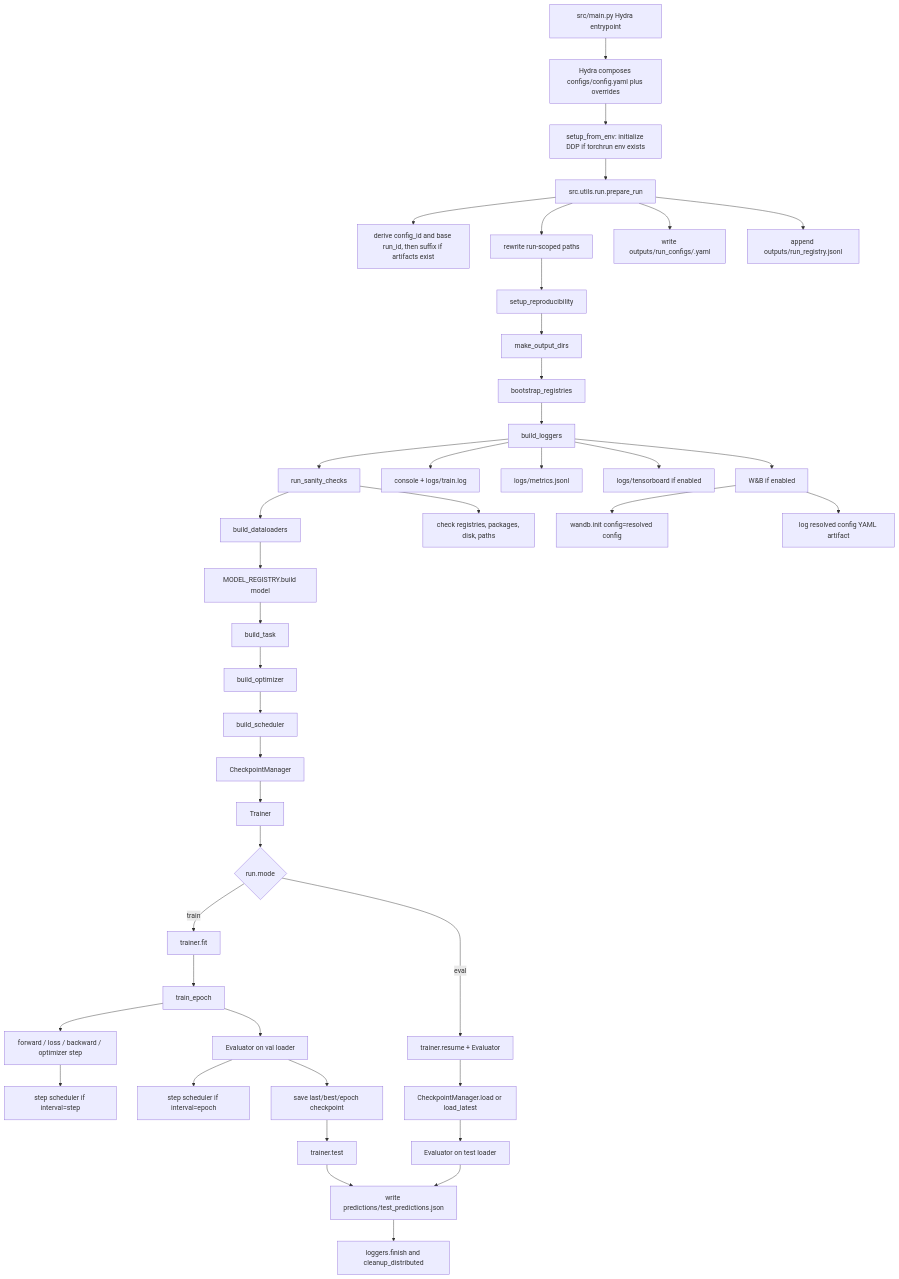
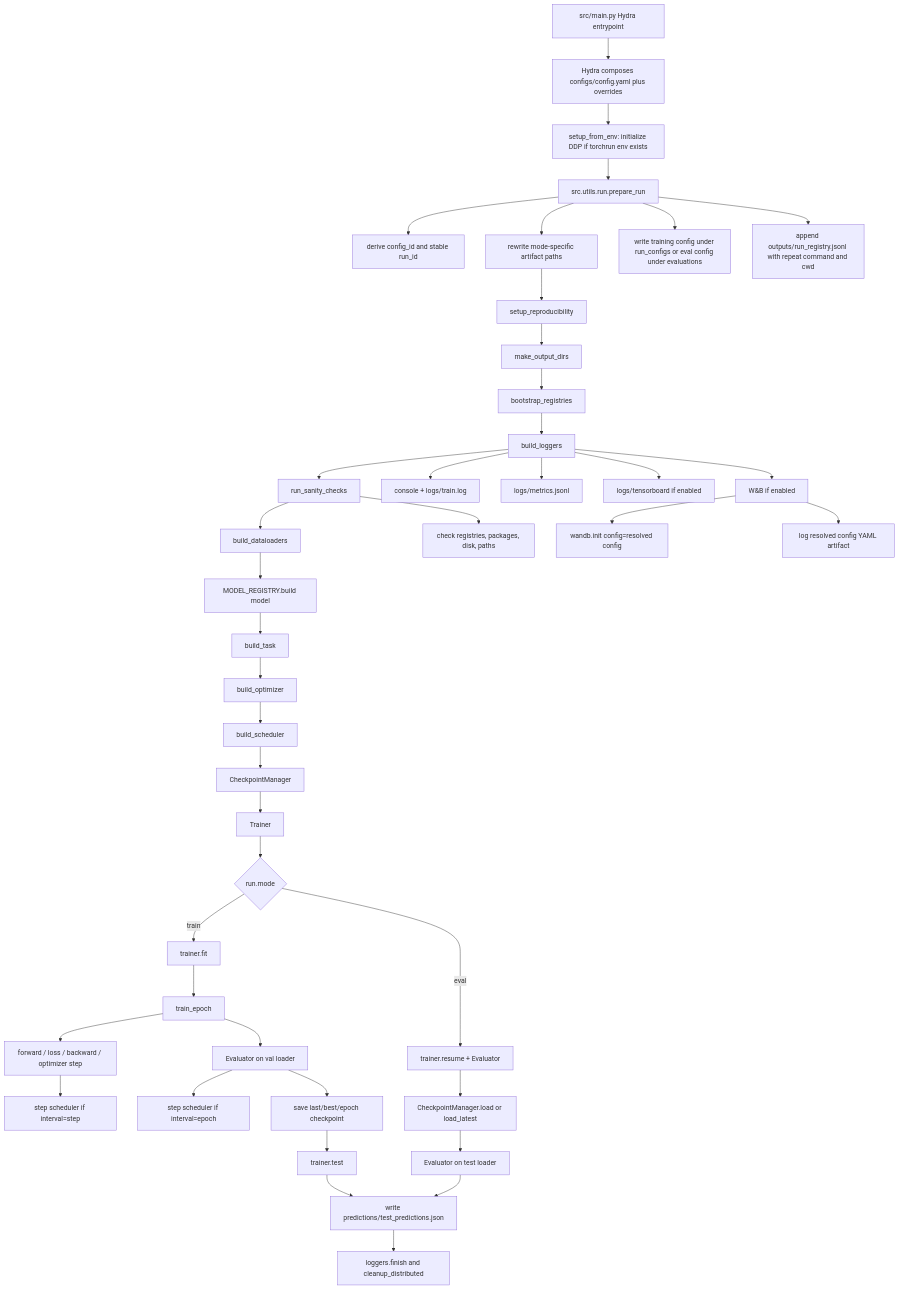
One commit to CodeName-Detective/Experimentarium changed the second of 5 diagrams in Flowchart.md. Above: the diagram before and after it, drawn with Mermaid. The commit also changed other lines of this file and 37 other files, not shown here.

````diff
--- a/Flowchart.md
+++ b/Flowchart.md
@@ -55,56 +56,56 @@
 ```mermaid
 flowchart TD
     Start[src/main.py Hydra entrypoint]
 
     Start --> Compose[Hydra composes configs/config.yaml plus overrides]
     Compose --> DDP[setup_from_env: initialize DDP if torchrun env exists]
     DDP --> RunIdentity[src.utils.run.prepare_run]
 
-    RunIdentity --> RunID[derive config_id and base run_id, then suffix if artifacts exist]
-    RunIdentity --> Paths[rewrite run-scoped paths]
-    RunIdentity --> ConfigSnapshot["write outputs/run_configs/<run_id>.yaml"]
-    RunIdentity --> RegistryMap[append outputs/run_registry.jsonl]
+    RunIdentity --> RunID[derive config_id and stable run_id]
+    RunIdentity --> Paths[rewrite mode-specific artifact paths]
+    RunIdentity --> ConfigSnapshot["write training config under run_configs or eval config under evaluations"]
+    RunIdentity --> RegistryMap[append outputs/run_registry.jsonl with repeat command and cwd]
 
     Paths --> Seed[setup_reproducibility]
     Seed --> Dirs[make_output_dirs]
     Dirs --> RegistryBootstrap[bootstrap_registries]
     RegistryBootstrap --> Loggers[build_loggers]
 
     Loggers --> Sanity[run_sanity_checks]
     Sanity --> Data[build_dataloaders]
     Sanity --> RegistryChecks[check registries, packages, disk, paths]
 
     Data --> Model[MODEL_REGISTRY.build model]
     Model --> Task[build_task]
     Task --> Optimizer[build_optimizer]
     Optimizer --> Scheduler[build_scheduler]
     Scheduler --> CheckpointManager[CheckpointManager]
     CheckpointManager --> Trainer[Trainer]
 
     Trainer --> Mode{"run.mode"}
     Mode -->|train| Fit[trainer.fit]
     Mode -->|eval| ResumeEval[trainer.resume + Evaluator]
 
     Fit --> TrainEpoch[train_epoch]
     TrainEpoch --> BatchLoop[forward / loss / backward / optimizer step]
     BatchLoop --> StepScheduler[step scheduler if interval=step]
     TrainEpoch --> Validation[Evaluator on val loader]
     Validation --> EpochScheduler[step scheduler if interval=epoch]
     Validation --> CheckpointSave[save last/best/epoch checkpoint]
     CheckpointSave --> Test[trainer.test]
 
     ResumeEval --> LoadCheckpoint[CheckpointManager.load or load_latest]
     LoadCheckpoint --> EvalTest[Evaluator on test loader]
 
     Test --> Predictions[write predictions/test_predictions.json]
     EvalTest --> Predictions
     Predictions --> Finish[loggers.finish and cleanup_distributed]
 
     Loggers --> ConsoleLog[console + logs/train.log]
     Loggers --> JsonlLog[logs/metrics.jsonl]
     Loggers --> TensorBoard[logs/tensorboard if enabled]
     Loggers --> WandB[W&B if enabled]
 
     WandB --> WandBConfig["wandb.init config=resolved config"]
     WandB --> WandBArtifact["log resolved config YAML artifact"]
 ```
````
